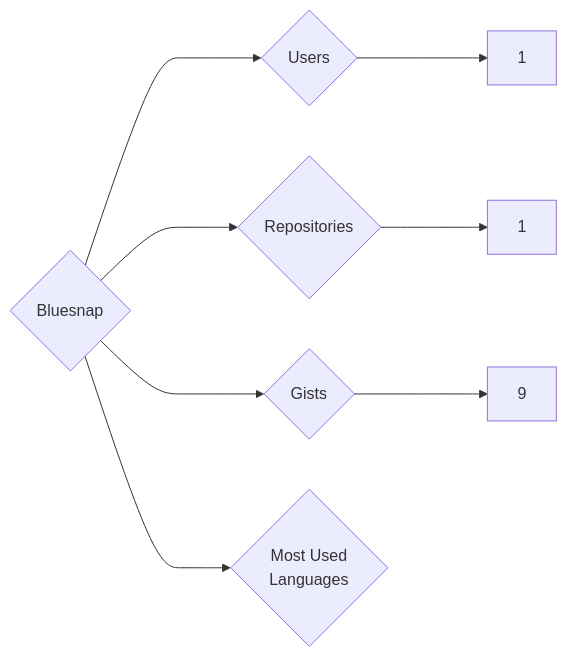
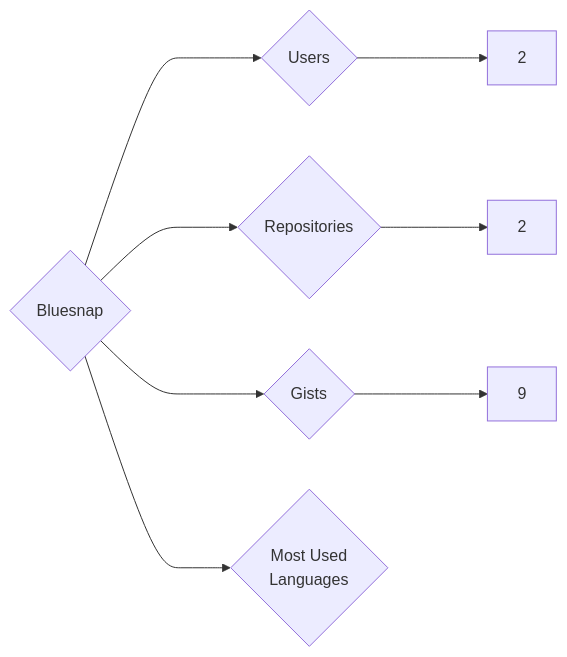
Before and after one commit to trickest/insiders: the diagram in targets/Bluesnap/README.md, drawn with Mermaid. The commit also changed 1023 other files, not shown here.

````diff
--- a/targets/Bluesnap/README.md
+++ b/targets/Bluesnap/README.md
@@ -3,8 +3,8 @@
 ```mermaid
 graph LR
 COMPANY_NAME{Bluesnap}
-COMPANY_NAME ---> U{Users} ---> UN[1]
-COMPANY_NAME ---> R{Repositories} ---> RN[1]
+COMPANY_NAME ---> U{Users} ---> UN[2]
+COMPANY_NAME ---> R{Repositories} ---> RN[2]
 COMPANY_NAME ---> G{Gists} ---> GN[9]
 COMPANY_NAME ---> ML{Most Used<br>Languages}
 ```
````
